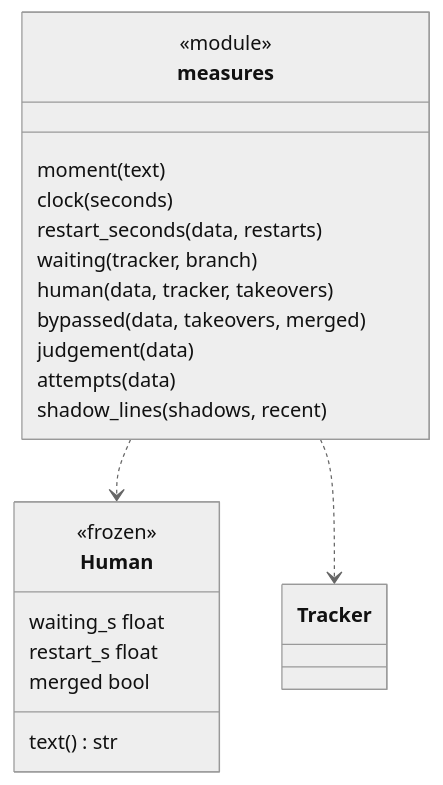
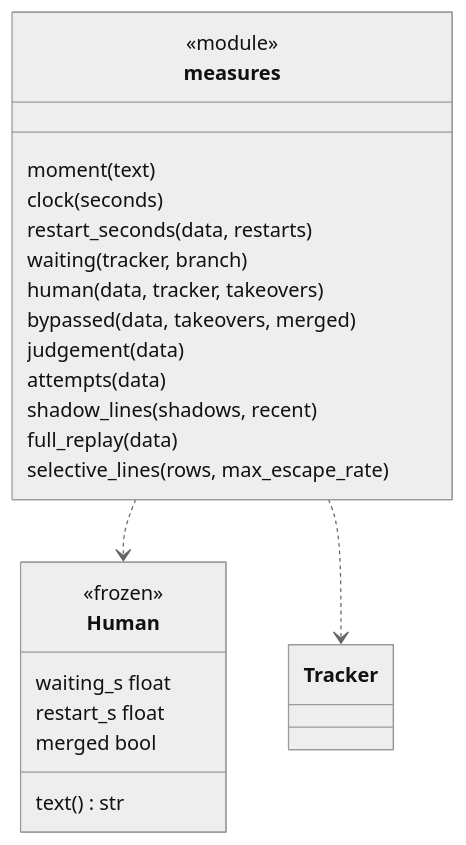
One commit to plaplanche/ariane changed the second of 3 diagrams in docs/architecture/modules/measures.md. Above: the diagram before and after it, drawn with Mermaid (neutral theme). The commit also changed other lines of this file and 41 other files, not shown here.

Commit message:
#186: Sampled full replay, escapes and escape rate in ariane report (C9, C19)

````diff
--- a/docs/architecture/modules/measures.md
+++ b/docs/architecture/modules/measures.md
@@ -45,24 +49,26 @@
 ```mermaid
 classDiagram
 class Human {
   <<frozen>>
   waiting_s float
   restart_s float
   merged bool
   text() str
 }
 class measures {
   <<module>>
   moment(text)
   clock(seconds)
   restart_seconds(data, restarts)
   waiting(tracker, branch)
   human(data, tracker, takeovers)
   bypassed(data, takeovers, merged)
   judgement(data)
   attempts(data)
   shadow_lines(shadows, recent)
+  full_replay(data)
+  selective_lines(rows, max_escape_rate)
 }
 measures ..> Human
 measures ..> Tracker
 ```
````
